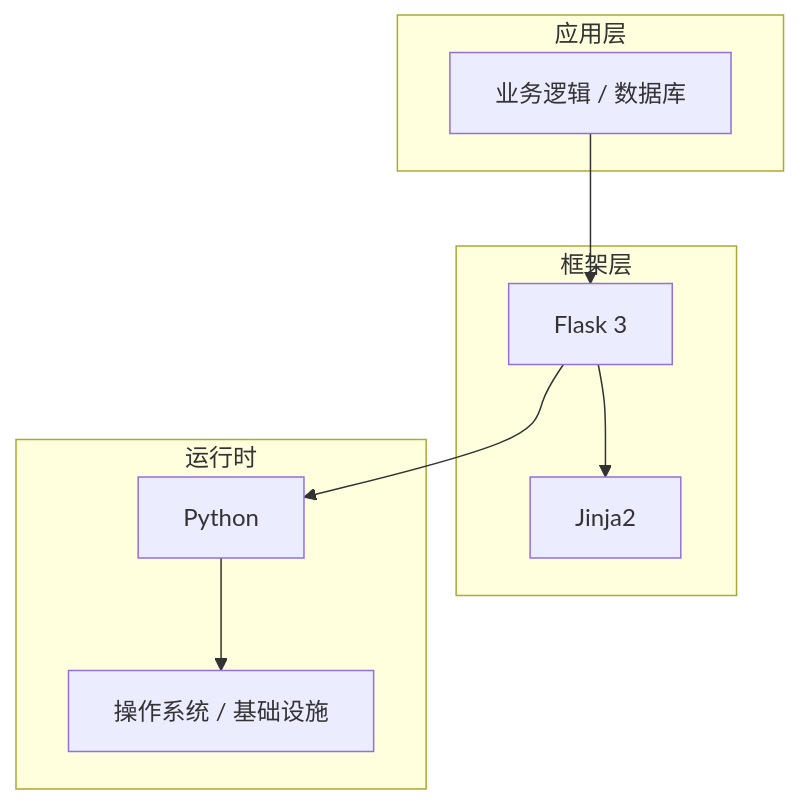
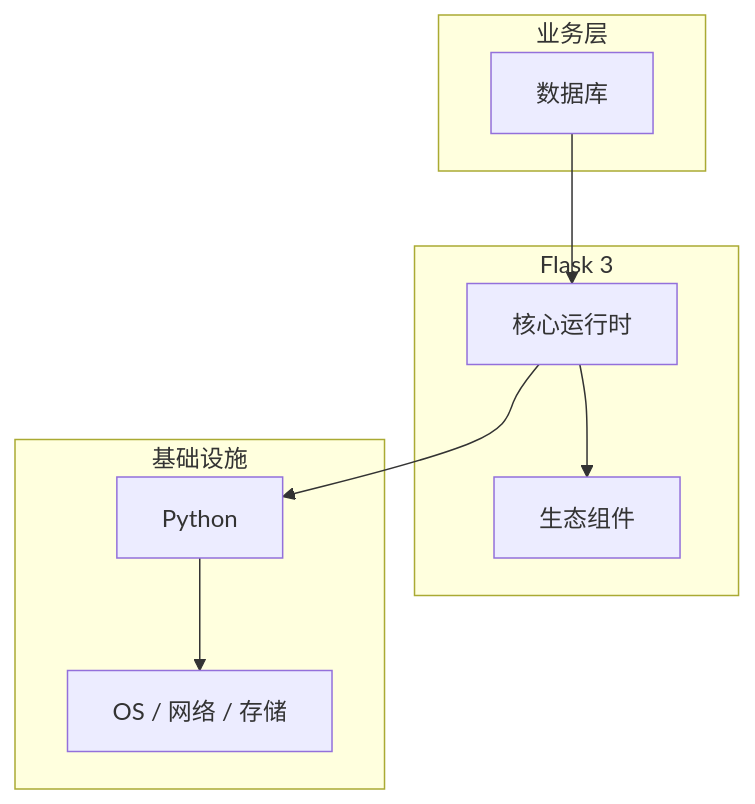
One commit to yanggan2015/knowledge-json-v2 changed the diagram in articles/Flask/chapters/036-数据库核心概念与原理.md. Above: the diagram before and after it, drawn with Mermaid. The commit also changed other lines of this file and 10127 other files, not shown here.

````diff
--- a/articles/Flask/chapters/036-数据库核心概念与原理.md
+++ b/articles/Flask/chapters/036-数据库核心概念与原理.md
@@ -45,18 +34,18 @@
 ```mermaid
 graph TB
-    subgraph 应用层
-        A[业务逻辑 / 数据库]
+    subgraph 业务层
+        A[数据库]
     end
-    subgraph 框架层
-        B[Flask 3]
-        C[Jinja2]
+    subgraph Flask 3
+        B[核心运行时]
+        C[生态组件]
     end
-    subgraph 运行时
+    subgraph 基础设施
         D[Python]
-        E[操作系统 / 基础设施]
+        E[OS / 网络 / 存储]
     end
     A --> B
     B --> C
     B --> D
     D --> E
 ```
````
